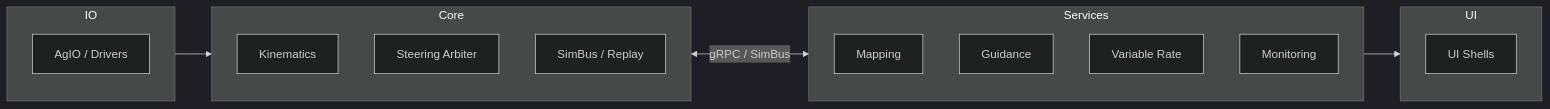
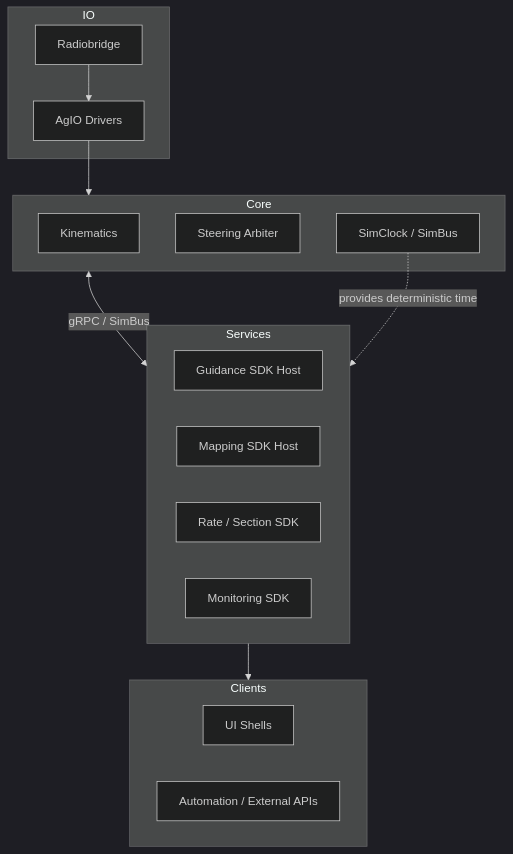
The second of 2 diagrams in docs/SRS/sections/2X_System_Architecture/21_System_Decomposition_Boundaries.md (FortneyMFG/AgOpenGPS-Nexus), drawn with Mermaid (dark theme) before and after one commit. The commit also changed other lines of this file and 1 other file, not shown here.

````diff
--- a/docs/SRS/sections/2X_System_Architecture/21_System_Decomposition_Boundaries.md
+++ b/docs/SRS/sections/2X_System_Architecture/21_System_Decomposition_Boundaries.md
@@ -121,23 +98,31 @@
 ```mermaid
-flowchart LR
+flowchart TB
   subgraph Core
     KIN[Kinematics]
-    ST[Steering Arbiter]
-    SIM[SimBus / Replay]
+    STEER[Steering Arbiter]
+    SIM[SimClock / SimBus]
   end
+
   subgraph Services
-    MAP[Mapping]
-    GUID[Guidance]
-    VAR[Variable Rate]
-    MON[Monitoring]
+    GUID[Guidance SDK Host]
+    MAP[Mapping SDK Host]
+    RATE[Rate / Section SDK]
+    MON[Monitoring SDK]
   end
+
   subgraph IO
-    AGIO[AgIO / Drivers]
+    AGIO[AgIO Drivers]
+    RADIO[Radiobridge]
   end
-  subgraph UI
+
+  subgraph Clients
     AV[UI Shells]
+    API[Automation / External APIs]
   end
-  IO --> Core
+
   Core <-- gRPC / SimBus --> Services
-  Services --> UI
+  Services --> Clients
+  AGIO --> Core
+  RADIO --> AGIO
+  SIM -. provides deterministic time .-> Services
 ```
````
